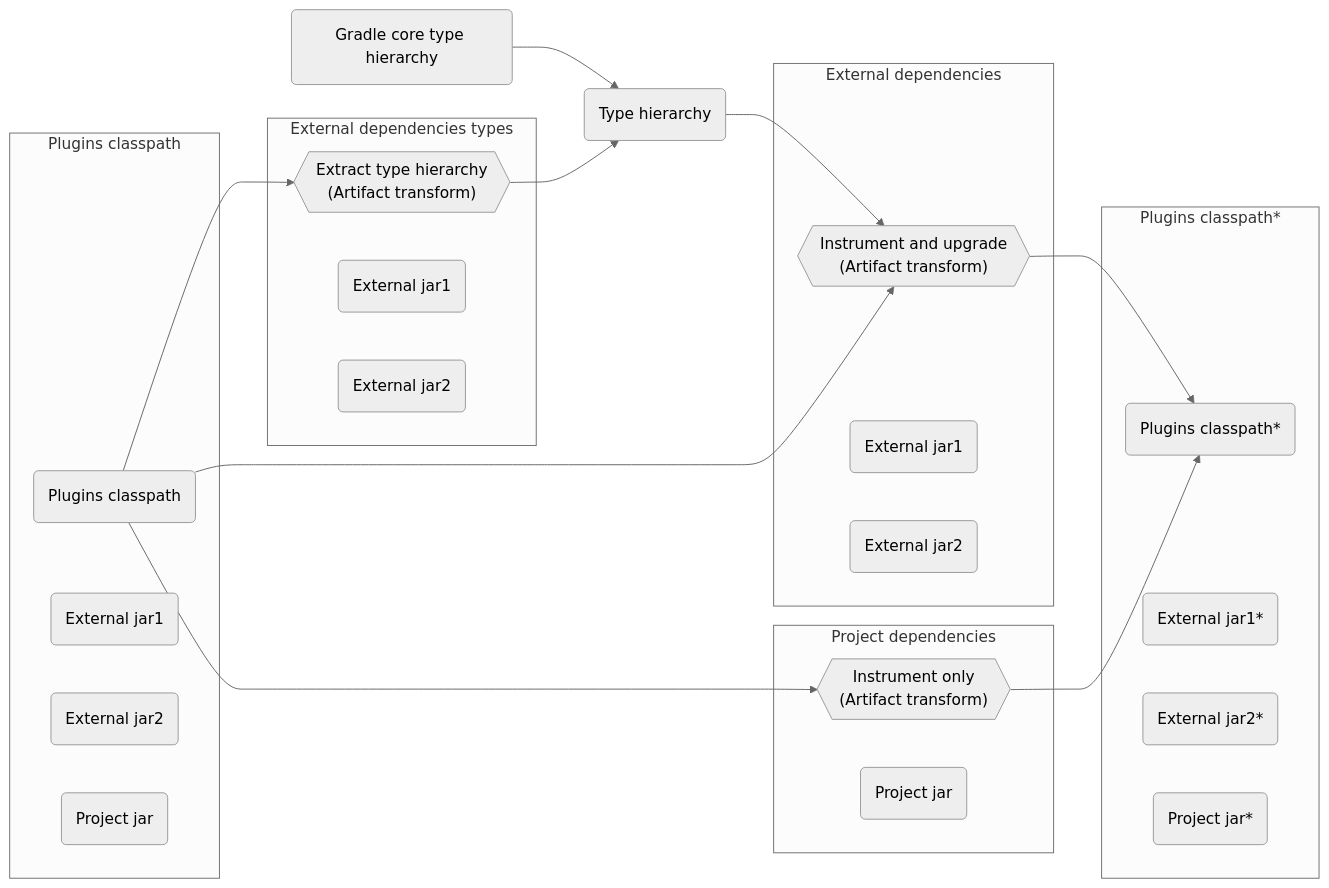
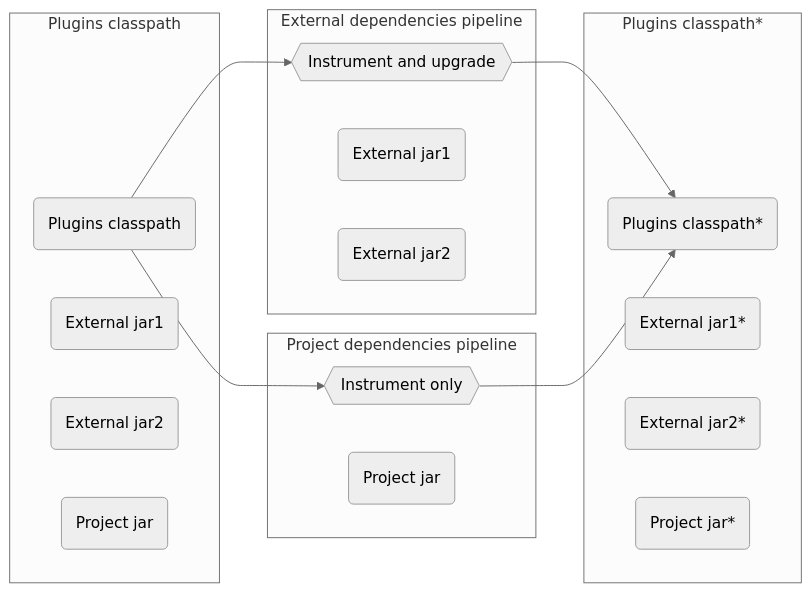
Before and after one commit to gradle/gradle: the third of 7 diagrams in platforms/core-runtime/INSTRUMENTATION.md, drawn with Mermaid (neutral theme). The commit also changed other lines of this file, not shown here.

````diff
--- a/platforms/core-runtime/INSTRUMENTATION.md
+++ b/platforms/core-runtime/INSTRUMENTATION.md
@@ -290,57 +295,44 @@
 ```mermaid
 flowchart LR
     classpath(Plugins classpath)
-    extraction{{"Extract type hierarchy\n(Artifact transform)"}}
-    typeHierarchy(Type hierarchy)
-    gradleCoreHierarchy(Gradle core type hierarchy)
-    instrumentAndUpgrade{{"Instrument and upgrade\n(Artifact transform)"}}
-    instrumentOnly{{"Instrument only\n(Artifact transform)"}}
+    instrumentAndUpgrade{{"Instrument and upgrade"}}
+    instrumentOnly{{"Instrument only"}}
     instrumentedAndUpgradedClasspath(Plugins classpath*)
     externalJar1(External jar1)
     externalJar1_2(External jar1)
-    externalJar1_3(External jar1)
     modifiedExternalJar1(External jar1*)
     externalJar2(External jar2)
     externalJar2_2(External jar2)
-    externalJar2_3(External jar2)
     modifiedExternalJar2(External jar2*)
     projectJar(Project jar)
     projectJar_2(Project jar)
     modifiedProjectJar(Project jar*)
 
     subgraph Plugins classpath
         classpath
         externalJar1
         externalJar2
         projectJar
     end
-    
-    subgraph External dependencies types
-        extraction
-        externalJar1_3
-        externalJar2_3
-    end
 
-    subgraph External dependencies
+    subgraph External dependencies pipeline
         instrumentAndUpgrade
         externalJar1_2
         externalJar2_2
     end
 
-    subgraph Project dependencies
+    subgraph Project dependencies pipeline
         instrumentOnly
         projectJar_2
     end
 
     subgraph Plugins classpath*
         instrumentedAndUpgradedClasspath
         modifiedExternalJar1
         modifiedExternalJar2
         modifiedProjectJar
     end
-    
-    gradleCoreHierarchy --> typeHierarchy
-    classpath --> extraction --> typeHierarchy --> instrumentAndUpgrade
+
     classpath --> instrumentAndUpgrade --> instrumentedAndUpgradedClasspath
     classpath --> instrumentOnly --> instrumentedAndUpgradedClasspath
 ```
````
